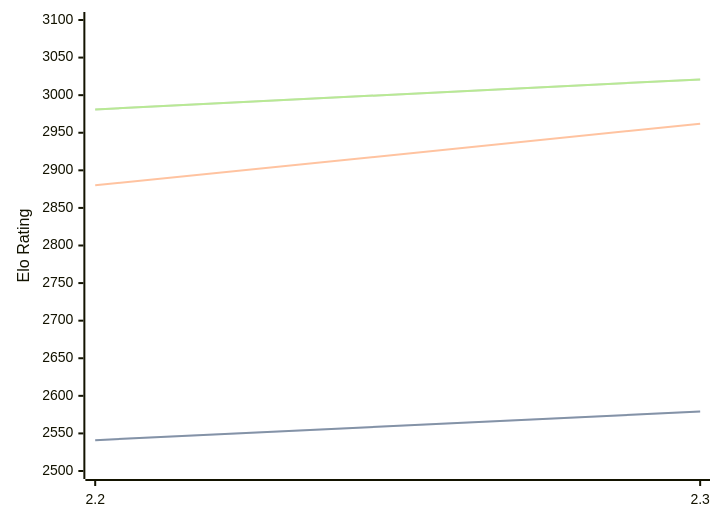
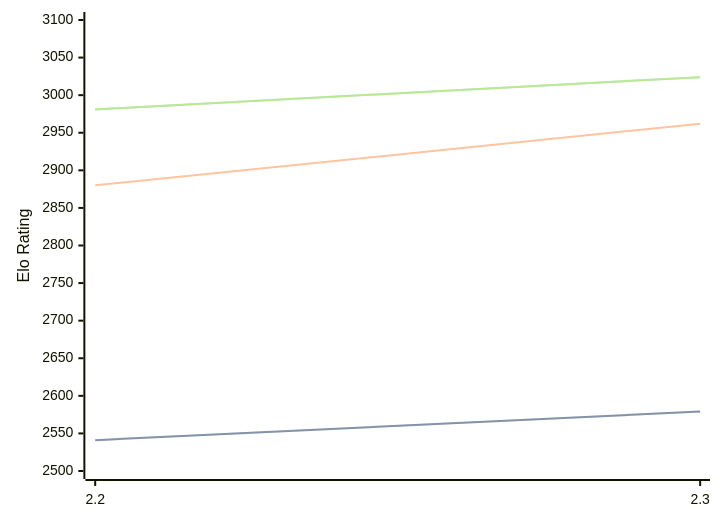
Before and after one commit to computer-chess-index/cci: the diagram in engines/Sloth.md, drawn with Mermaid. The commit also changed other lines of this file, not shown here.

Commit message:
Update CCI Ratings (ELO VLTC) - 2026-09-27

````diff
--- a/engines/Sloth.md
+++ b/engines/Sloth.md
@@ -32,11 +32,11 @@
 ```mermaid
 %%{init: {"theme":"base","themeVariables":{"seriesColors:['#a3a3a3','#222221','#faa371']}}}%%
 xychart-beta
   x-axis ["2.2", "2.3"]
   y-axis "Elo Rating" 2500 --> 3100
   line "" [2541, 2579]
   line "STC (8.0+0.08s)" [2541, 2579]
   line "LTC (60.0+0.60s)" [2880, 2962]
-  line "" [2981, 3021]
-  line "VLTC (2m24s+1.12s)" [2981, 3021]
+  line "" [2981, 3024]
+  line "VLTC (2m24s+1.12s)" [2981, 3024]
 ```
````
